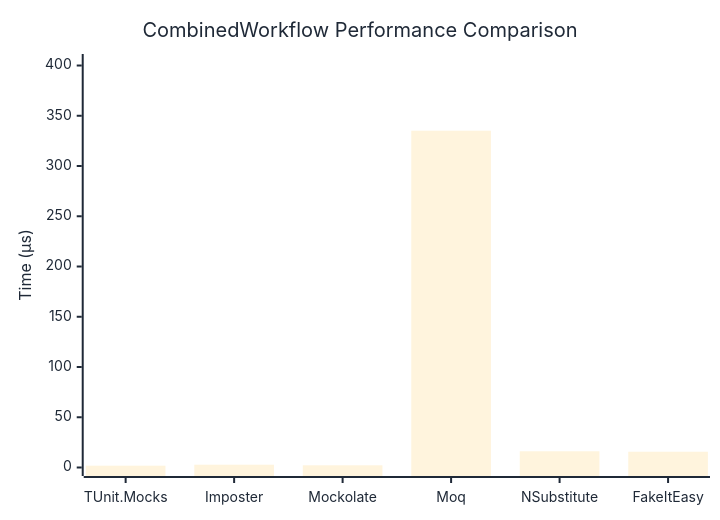
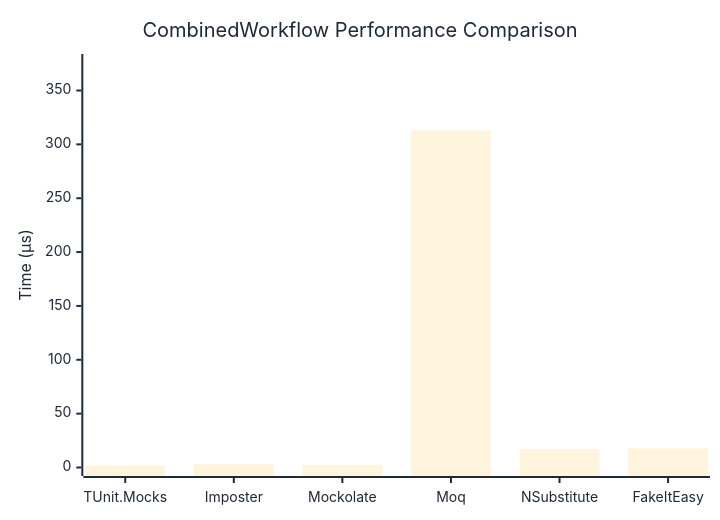
One commit to weiyilai/TUnit changed the diagram in docs/docs/benchmarks/mocks/CombinedWorkflow.md. Above: the diagram before and after it, drawn with Mermaid. The commit also changed other lines of this file and 14 other files, not shown here.

````diff
--- a/docs/docs/benchmarks/mocks/CombinedWorkflow.md
+++ b/docs/docs/benchmarks/mocks/CombinedWorkflow.md
@@ -28,27 +28,27 @@
 ```mermaid
 %%{init: {
   'theme':'base',
   'themeVariables': {
     'primaryColor': '#2563eb',
     'primaryTextColor': '#1f2937',
     'primaryBorderColor': '#1e40af',
     'lineColor': '#6b7280',
     'secondaryColor': '#7c3aed',
     'tertiaryColor': '#dc2626',
     'background': '#ffffff',
     'pie1': '#2563eb',
     'pie2': '#7c3aed',
     'pie3': '#dc2626',
     'pie4': '#f59e0b',
     'pie5': '#10b981',
     'pie6': '#06b6d4',
     'pie7': '#ec4899',
     'pie8': '#6366f1'
   }
 }}%%
 xychart-beta
   title "CombinedWorkflow Performance Comparison"
   x-axis ["TUnit.Mocks", "Imposter", "Mockolate", "Moq", "NSubstitute", "FakeItEasy"]
-  y-axis "Time (μs)" 0 --> 403
-  bar [1.806, 2.78, 2.198, 335.132, 16.133, 15.681]
+  y-axis "Time (μs)" 0 --> 376
+  bar [1.941, 3.112, 2.406, 313.029, 17.05, 17.629]
 ```
````
